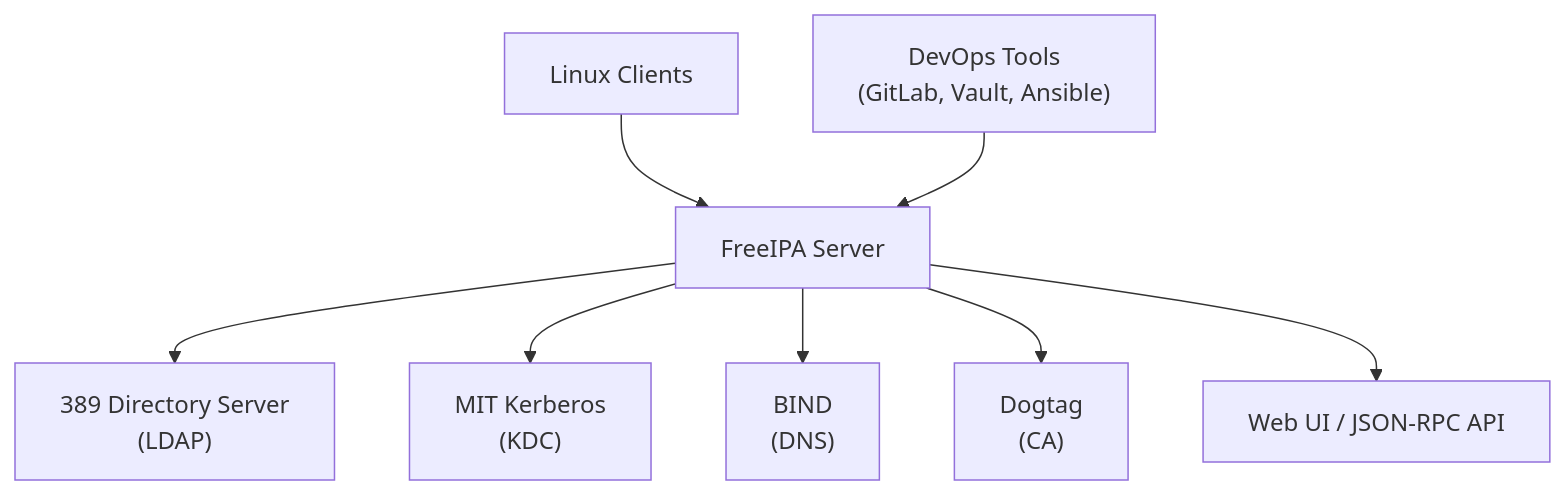
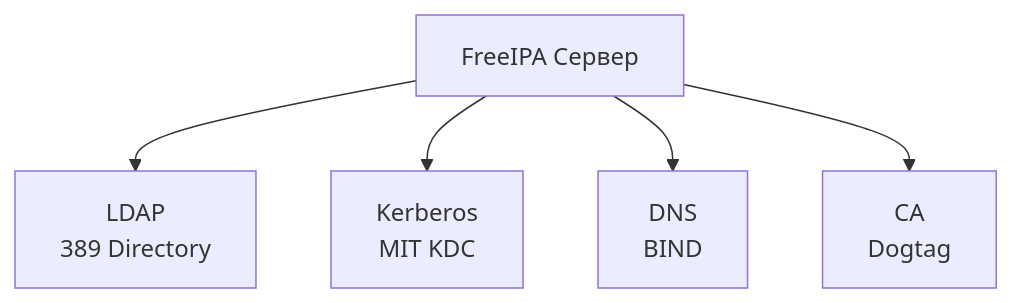
The diagram in content/posts/freeipa-setup.md (devitway/devopsway-blog), drawn with Mermaid before and after one commit. The commit also changed other lines of this file and 6 other files, not shown here.

````diff
--- a/content/posts/freeipa-setup.md
+++ b/content/posts/freeipa-setup.md
@@ -64,15 +66,8 @@
-{{< mermaid >}}
-graph TD
-  Client["Linux Clients"]
-  Server["FreeIPA Server"]
-  DevOps["DevOps Tools<br/>(GitLab, Vault, Ansible)"]
-
-  Client --> Server
-  DevOps --> Server
-
-  Server --> LDAP["389 Directory Server<br/>(LDAP)"]
-  Server --> Kerberos["MIT Kerberos<br/>(KDC)"]
-  Server --> DNS["BIND<br/>(DNS)"]
-  Server --> CA["Dogtag<br/>(CA)"]
-  Server --> WebAPI["Web UI / JSON-RPC API"]
-{{< /mermaid >}}
+```mermaid
+graph TB
+  A[FreeIPA Сервер]
+  A --> B[LDAP<br/>389 Directory]
+  A --> C[Kerberos<br/>MIT KDC]
+  A --> D[DNS<br/>BIND]
+  A --> E[CA<br/>Dogtag]
+```
````
